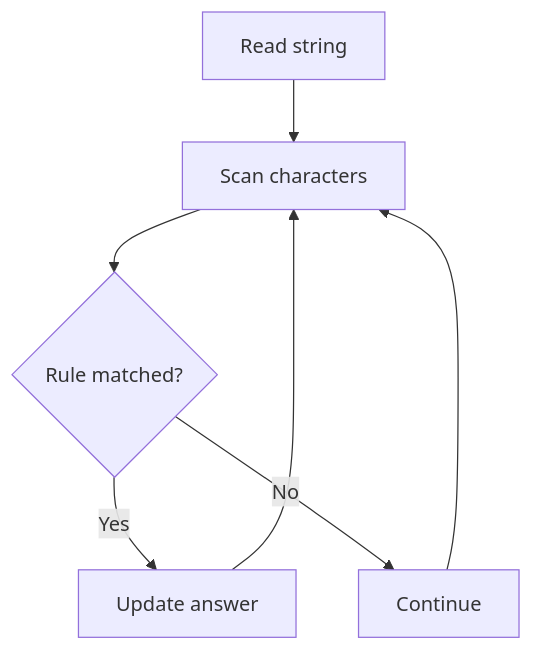
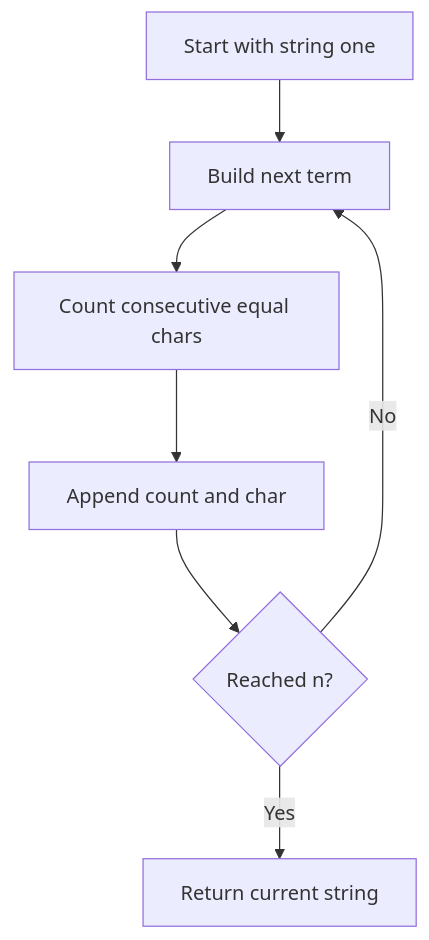
Before and after one commit to mthaiseer/springcloud-systemdesign-notes: the seventh of 23 diagrams in CP_DSA_NOTES/001_TOPIC_WISE/013_ADHOC_PROBLEMS.md, drawn with Mermaid. The commit also changed other lines of this file and 1 other file, not shown here.

````diff
--- a/CP_DSA_NOTES/001_TOPIC_WISE/013_ADHOC_PROBLEMS.md
+++ b/CP_DSA_NOTES/001_TOPIC_WISE/013_ADHOC_PROBLEMS.md
@@ -684,9 +505,9 @@
 ```mermaid
 flowchart TD
-    A["Read string"] --> B["Scan characters"]
-    B --> C{"Rule matched?"}
-    C -->|Yes| D["Update answer"]
-    C -->|No| E["Continue"]
-    D --> B
-    E --> B
+    A["Start with string one"] --> B["Build next term"]
+    B --> C["Count consecutive equal chars"]
+    C --> D["Append count and char"]
+    D --> E{"Reached n?"}
+    E -->|No| B
+    E -->|Yes| F["Return current string"]
 ```
````
